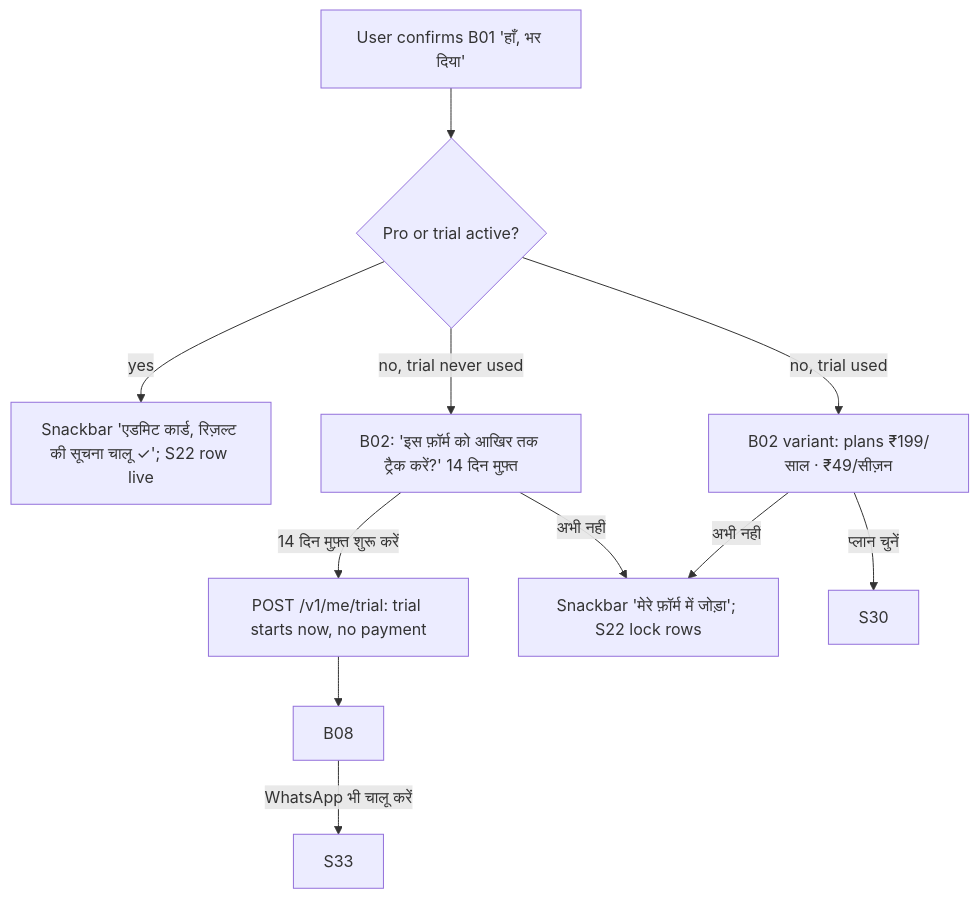
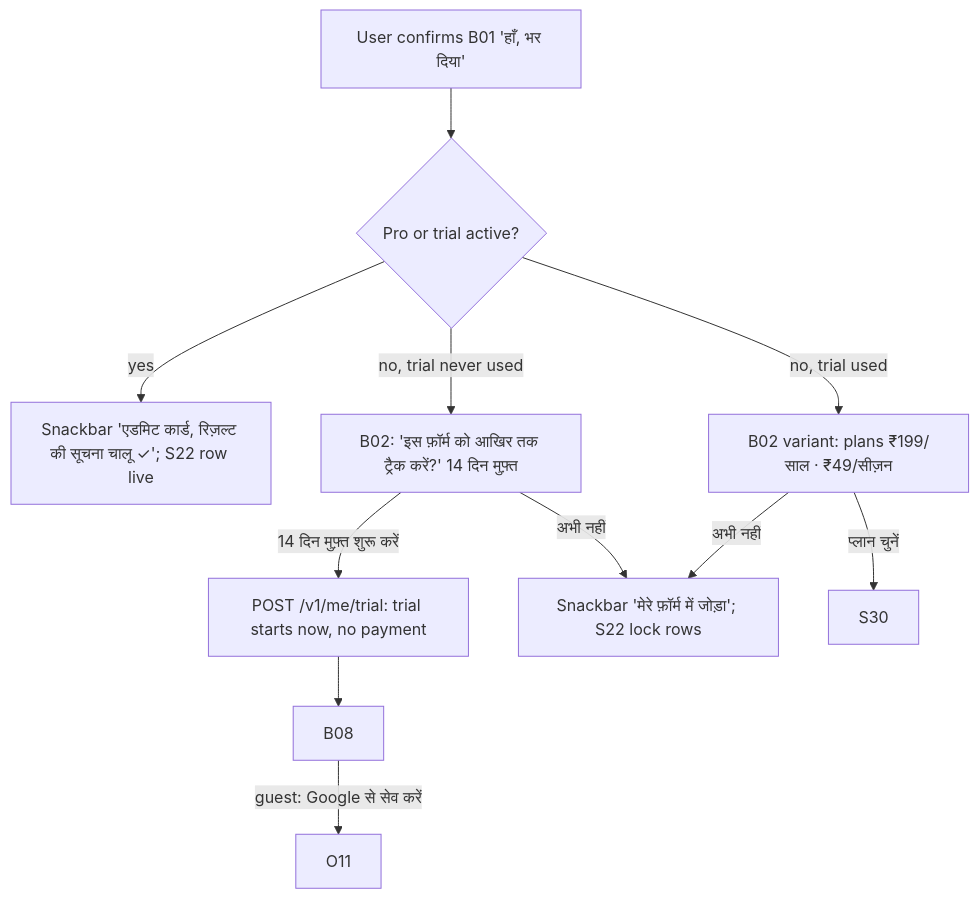
One commit to amanroy3901/job-vac changed the seventh of 11 diagrams in docs/design/03-scenarios.md. Above: the diagram before and after it, drawn with Mermaid. The commit also changed other lines of this file and 8 other files, not shown here.

````diff
--- a/docs/design/03-scenarios.md
+++ b/docs/design/03-scenarios.md
@@ -314,9 +339,9 @@
 ```mermaid
 flowchart TD
   AP[User confirms B01 'हाँ, भर दिया'] --> Q{Pro or trial active?}
   Q -->|yes| T[Snackbar 'एडमिट कार्ड, रिज़ल्ट की सूचना चालू ✓'; S22 row live]
-  Q -->|no, trial never used| B02a[B02: 'इस फ़ॉर्म को आखिर तक ट्रैक करें?' 14 दिन मुफ़्त] -->|14 दिन मुफ़्त शुरू करें| TR[POST /v1/me/trial: trial starts now, no payment] --> B08 -->|WhatsApp भी चालू करें| S33
+  Q -->|no, trial never used| B02a[B02: 'इस फ़ॉर्म को आखिर तक ट्रैक करें?' 14 दिन मुफ़्त] -->|14 दिन मुफ़्त शुरू करें| TR[POST /v1/me/trial: trial starts now, no payment] --> B08 -->|guest: Google से सेव करें| O11
   B02a -->|अभी नहीं| N1[Snackbar 'मेरे फ़ॉर्म में जोड़ा'; S22 lock rows]
   Q -->|no, trial used| B02b[B02 variant: plans ₹199/साल · ₹49/सीज़न] -->|प्लान चुनें| S30
   B02b -->|अभी नहीं| N1
 ```
````
